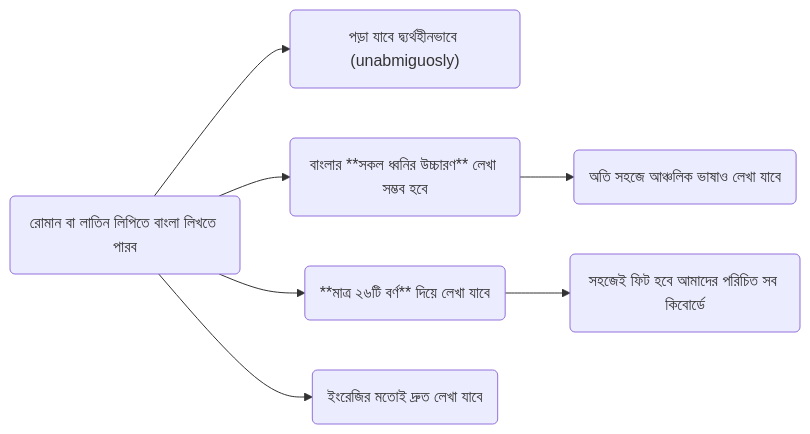
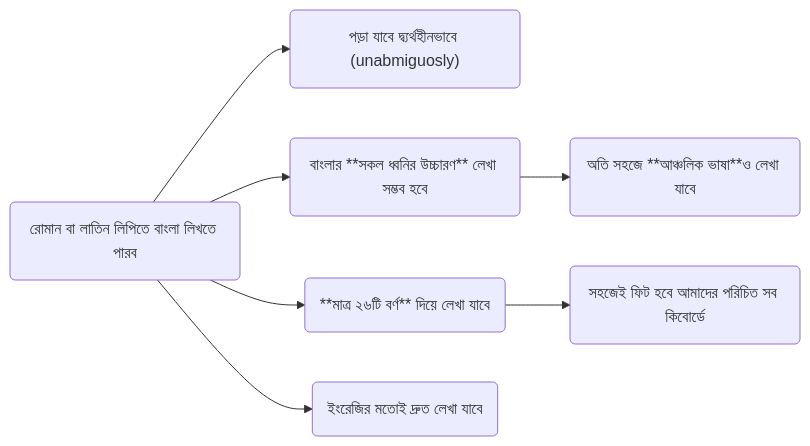
One commit to KhiproKeyboard/shorolipi changed the first of 4 diagrams in README.md. Above: the diagram before and after it, drawn with Mermaid.

Commit message:
Update flowchart to improve clarity of features

````diff
--- a/README.md
+++ b/README.md
@@ -5,9 +5,9 @@
 ```mermaid
 flowchart LR
     A("রোমান বা লাতিন লিপিতে বাংলা লিখতে পারব")  --> B("পড়া যাবে দ্ব্যর্থহীনভাবে (unabmiguosly)")
-    A --> E("বাংলার **সকল ধ্বনির উচ্চারণ** লেখা সম্ভব হবে") --> g("অতি সহজে আঞ্চলিক ভাষাও লেখা যাবে")
+    A --> E("বাংলার **সকল ধ্বনির উচ্চারণ** লেখা সম্ভব হবে") --> g("অতি সহজে **আঞ্চলিক ভাষা**ও লেখা যাবে")
     A --> C("**মাত্র ২৬টি বর্ণ** দিয়ে লেখা যাবে") --> D("সহজেই ফিট হবে আমাদের পরিচিত সব কিবোর্ডে")
     A --> F("ইংরেজির মতোই দ্রুত লেখা যাবে")
     A 
     
 ```
````
